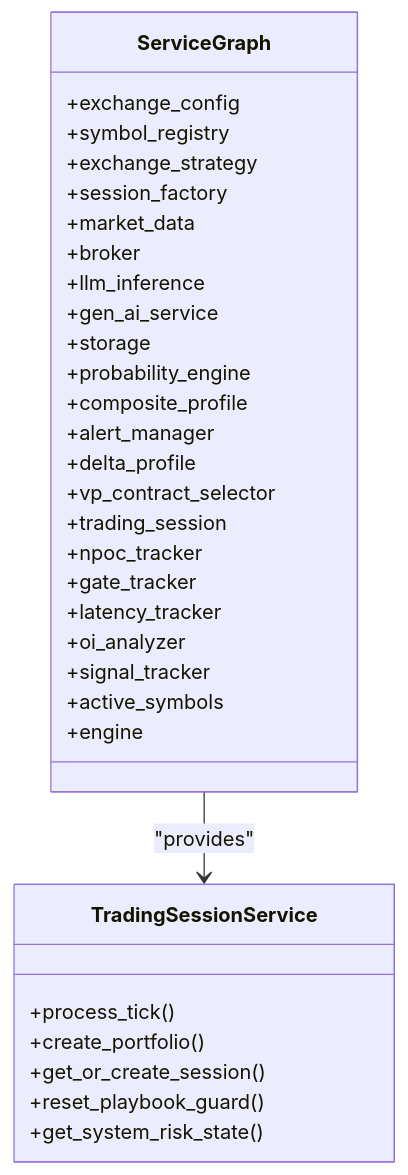
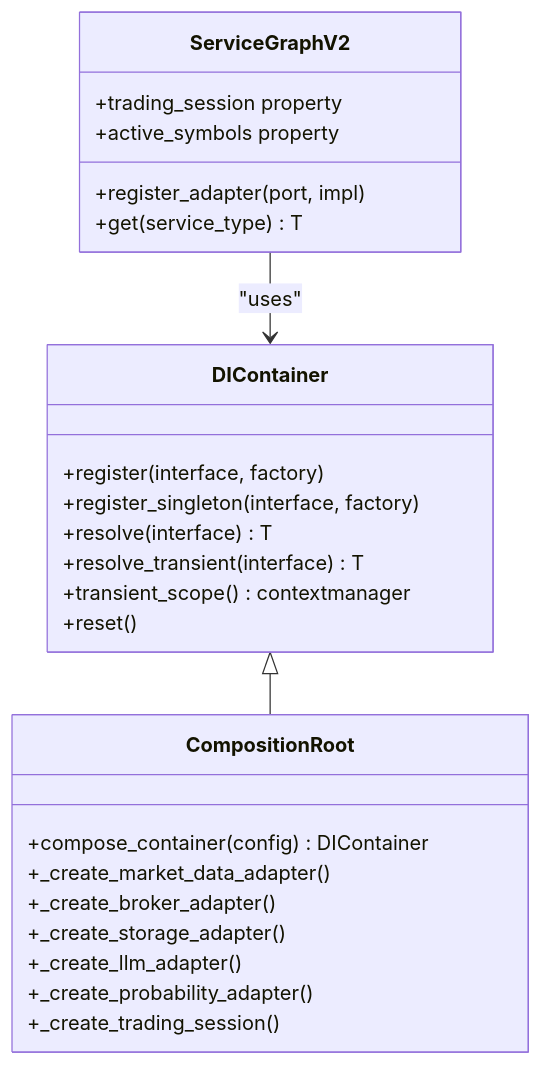
The third of 7 diagrams in .qoder/repowiki/en/content/Backend Application/Backend Application.md (gemrajkhatry-maker/v5-of-glassytrade-ai), drawn with Mermaid before and after one commit. The commit also changed other lines of this file and 219 other files, not shown here.

First line of the commit message:
refactor: major architecture improvements across backend, backendv2, brokers, and frontend

````diff
--- a/.qoder/repowiki/en/content/Backend Application/Backend Application.md
+++ b/.qoder/repowiki/en/content/Backend Application/Backend Application.md
@@ -185,35 +173,28 @@
 ```mermaid
 classDiagram
-class ServiceGraph {
-+exchange_config
-+symbol_registry
-+exchange_strategy
-+session_factory
-+market_data
-+broker
-+llm_inference
-+gen_ai_service
-+storage
-+probability_engine
-+composite_profile
-+alert_manager
-+delta_profile
-+vp_contract_selector
-+trading_session
-+npoc_tracker
-+gate_tracker
-+latency_tracker
-+oi_analyzer
-+signal_tracker
-+active_symbols
-+engine
+class DIContainer {
++register(interface, factory)
++register_singleton(interface, factory)
++resolve(interface) T
++resolve_transient(interface) T
++transient_scope() contextmanager
++reset()
 }
-class TradingSessionService {
-+process_tick()
-+create_portfolio()
-+get_or_create_session()
-+reset_playbook_guard()
-+get_system_risk_state()
+class CompositionRoot {
++compose_container(config) DIContainer
++_create_market_data_adapter()
++_create_broker_adapter()
++_create_storage_adapter()
++_create_llm_adapter()
++_create_probability_adapter()
++_create_trading_session()
 }
-ServiceGraph --> TradingSessionService : "provides"
+class ServiceGraphV2 {
++register_adapter(port, impl)
++get(service_type) T
++trading_session property
++active_symbols property
+}
+DIContainer <|-- CompositionRoot
+ServiceGraphV2 --> DIContainer : "uses"
 ```
````
